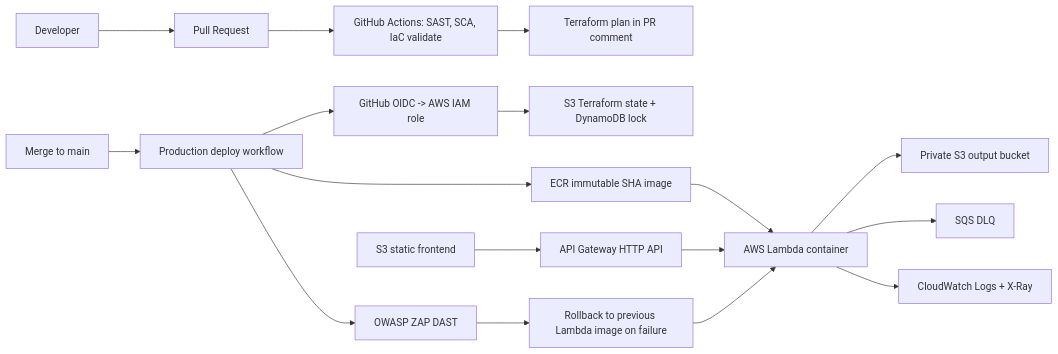
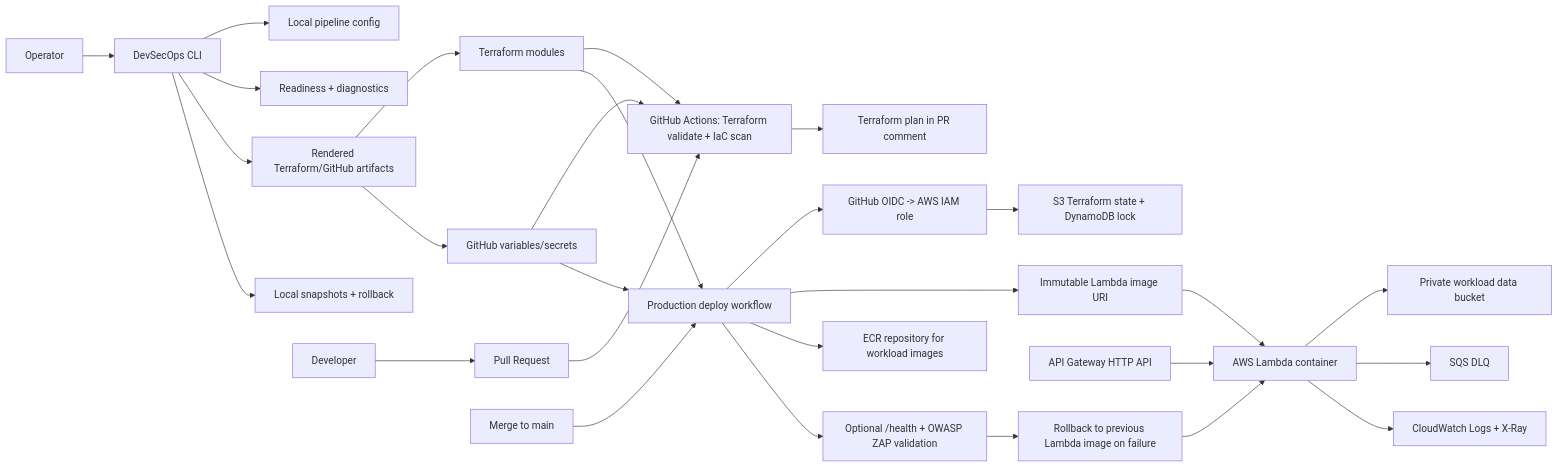
One commit to tidyOpposite/devsecops-serverless-aws-lambda changed the diagram in README.md. Above: the diagram before and after it, drawn with Mermaid. The commit also changed other lines of this file and 33 other files, not shown here.

Commit message:
Make DevSecOps kit CLI-first

````diff
--- a/README.md
+++ b/README.md
@@ -15,19 +18,30 @@
 ```mermaid
 flowchart LR
+  operator["Operator"] --> cli["DevSecOps CLI"]
+  cli --> config["Local pipeline config"]
+  cli --> readiness["Readiness + diagnostics"]
+  cli --> generated["Rendered Terraform/GitHub artifacts"]
+  cli --> snapshots["Local snapshots + rollback"]
+  generated --> terraform["Terraform modules"]
+  generated --> githubSetup["GitHub variables/secrets"]
+  githubSetup --> checks
+  githubSetup --> deploy
+  terraform --> checks
+  terraform --> deploy
   developer["Developer"] --> pr["Pull Request"]
-  pr --> checks["GitHub Actions: SAST, SCA, IaC validate"]
+  pr --> checks["GitHub Actions: Terraform validate + IaC scan"]
   checks --> plan["Terraform plan in PR comment"]
   main["Merge to main"] --> deploy["Production deploy workflow"]
   deploy --> oidc["GitHub OIDC -> AWS IAM role"]
   oidc --> tfstate["S3 Terraform state + DynamoDB lock"]
-  deploy --> ecr["ECR immutable SHA image"]
-  ecr --> lambda["AWS Lambda container"]
-  frontend["S3 static frontend"] --> api["API Gateway HTTP API"]
-  api --> lambda
-  lambda --> gifs["Private S3 output bucket"]
+  deploy --> image["Immutable Lambda image URI"]
+  deploy --> ecr["ECR repository for workload images"]
+  image --> lambda["AWS Lambda container"]
+  api["API Gateway HTTP API"] --> lambda
+  lambda --> data["Private workload data bucket"]
   lambda --> dlq["SQS DLQ"]
   lambda --> logs["CloudWatch Logs + X-Ray"]
-  deploy --> dast["OWASP ZAP DAST"]
-  dast --> rollback["Rollback to previous Lambda image on failure"]
+  deploy --> validation["Optional /health + OWASP ZAP validation"]
+  validation --> rollback["Rollback to previous Lambda image on failure"]
   rollback --> lambda
 ```
````
